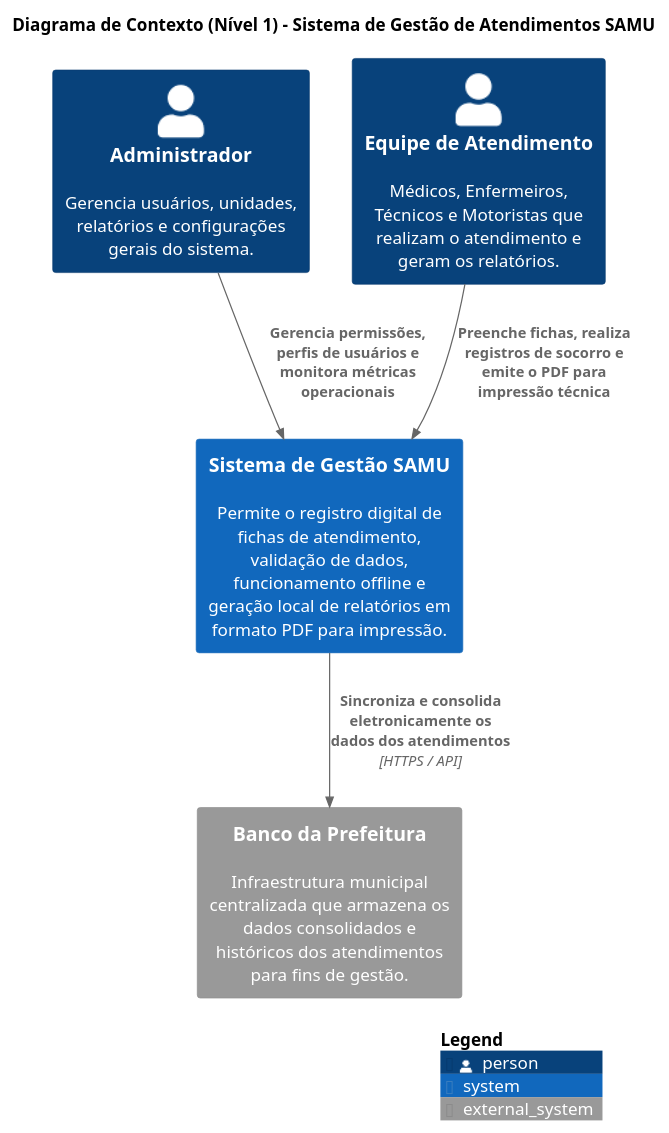
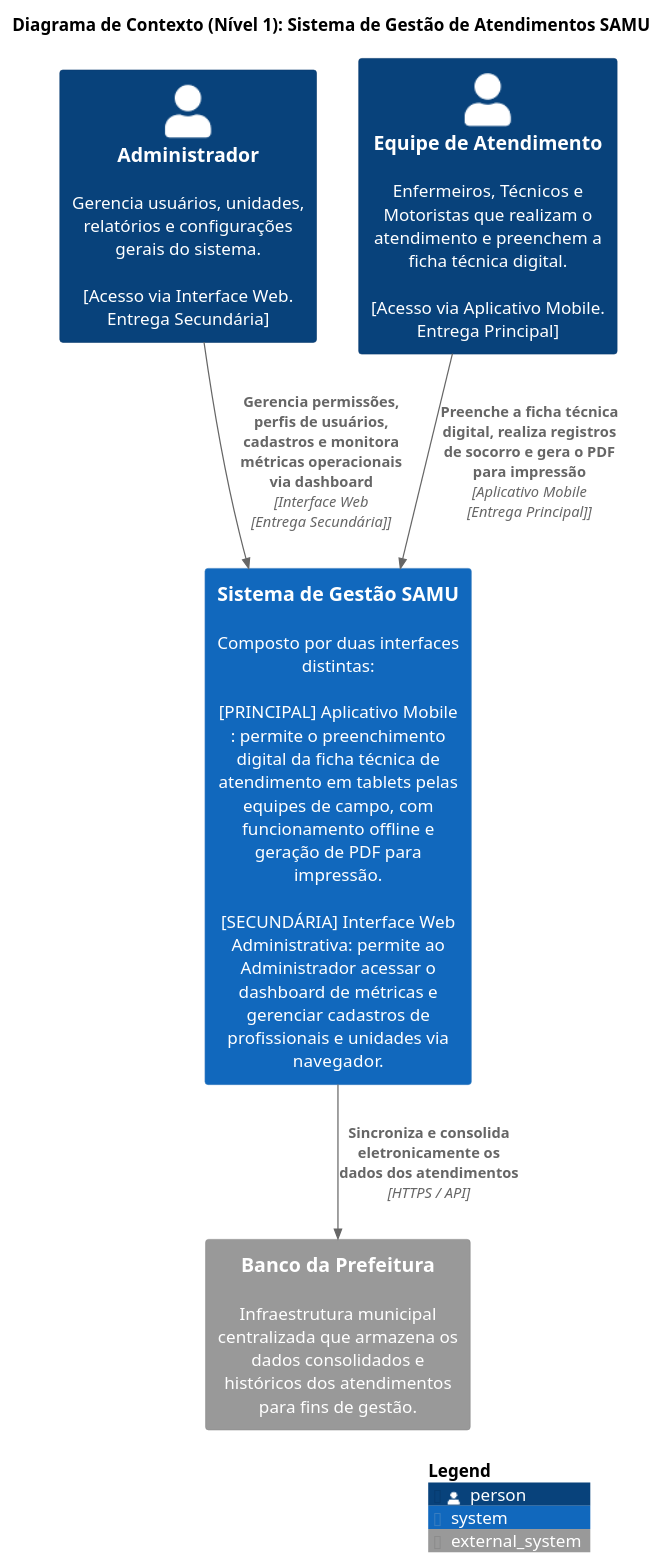
One commit to Madu3304/Software_brava changed the diagram in ModeloC4/nivel1 (1).puml. Above: the diagram before and after it, drawn with PlantUML. The commit also changed 4 other files, not shown here.

```diff
--- a/ModeloC4/nivel1 (1).puml
+++ b/ModeloC4/nivel1 (1).puml
@@ -1,42 +1,44 @@
 @startuml c4Nivel1
-
 !include https://raw.githubusercontent.com/RicardoNiepel/C4-PlantUML/master/C4_Context.puml
 
-title Diagrama de Contexto (Nível 1) - Sistema de Gestão de Atendimentos SAMU
+title Diagrama de Contexto (Nível 1): Sistema de Gestão de Atendimentos SAMU
 
 ' ========================================================
 ' Pessoas (Usuários diretos do Sistema)
 ' ========================================================
 
-Person(admin, "Administrador", "Gerencia usuários, unidades, relatórios e configurações gerais do sistema.")
+Person(admin, "Administrador", "Gerencia usuários, unidades, relatórios e configurações gerais do sistema.\n\n[Acesso via Interface Web. Entrega Secundária]")
 
-Person(equipe_samu, "Equipe de Atendimento", "Médicos, Enfermeiros, Técnicos e Motoristas que realizam o atendimento e geram os relatórios.")
+Person(equipe_samu, "Equipe de Atendimento", "Enfermeiros, Técnicos e Motoristas que realizam o atendimento e preenchem a ficha técnica digital.\n\n[Acesso via Aplicativo Mobile. Entrega Principal]")
 
 ' ========================================================
-' Sistema Principal (Caixa Única)
+' Sistema Principal — Composto por duas interfaces distintas
 ' ========================================================
 
-System(sistema_samu, "Sistema de Gestão SAMU", "Permite o registro digital de fichas de atendimento, validação de dados, funcionamento offline e geração local de relatórios em formato PDF para impressão.")
+System(sistema_samu, "Sistema de Gestão SAMU", "Composto por duas interfaces distintas:\n\n[PRINCIPAL] Aplicativo Mobile : permite o preenchimento digital da ficha técnica de atendimento em tablets pelas equipes de campo, com funcionamento offline e geração de PDF para impressão.\n\n[SECUNDÁRIA] Interface Web Administrativa: permite ao Administrador acessar o dashboard de métricas e gerenciar cadastros de profissionais e unidades via navegador.")
 
 ' ========================================================
-' Sistemas Externos (Única Integração Tecnológica Direta)
+' Sistemas Externos
 ' ========================================================
 
 System_Ext(prefeitura, "Banco da Prefeitura", "Infraestrutura municipal centralizada que armazena os dados consolidados e históricos dos atendimentos para fins de gestão.")
 
 ' ========================================================
-' Relacionamentos Eletrônicos / Digitais
+' Relacionamentos
 ' ========================================================
 
-Rel(admin, sistema_samu, "Gerencia permissões, perfis de usuários e monitora métricas operacionais")
+Rel(equipe_samu, sistema_samu, "Preenche a ficha técnica digital, realiza registros de socorro e gera o PDF para impressão", "Aplicativo Mobile \n[Entrega Principal]")
 
-Rel(equipe_samu, sistema_samu, "Preenche fichas, realiza registros de socorro e emite o PDF para impressão técnica") 
+Rel(admin, sistema_samu, "Gerencia permissões, perfis de usuários, cadastros e monitora métricas operacionais via dashboard", "Interface Web\n[Entrega Secundária]")
 
 Rel(sistema_samu, prefeitura, "Sincroniza e consolida eletronicamente os dados dos atendimentos", "HTTPS / API")
 
 ' ========================================================
-' Configuração de Legenda
+' Nota explicativa de hierarquia
 ' ========================================================
+
+AddRelTag("principal", $textColor="green", $lineColor="green", $lineStyle=BoldLine())
+AddRelTag("secundaria", $textColor="blue", $lineColor="blue", $lineStyle=DashedLine())
 
 SHOW_LEGEND()
 @enduml
```
